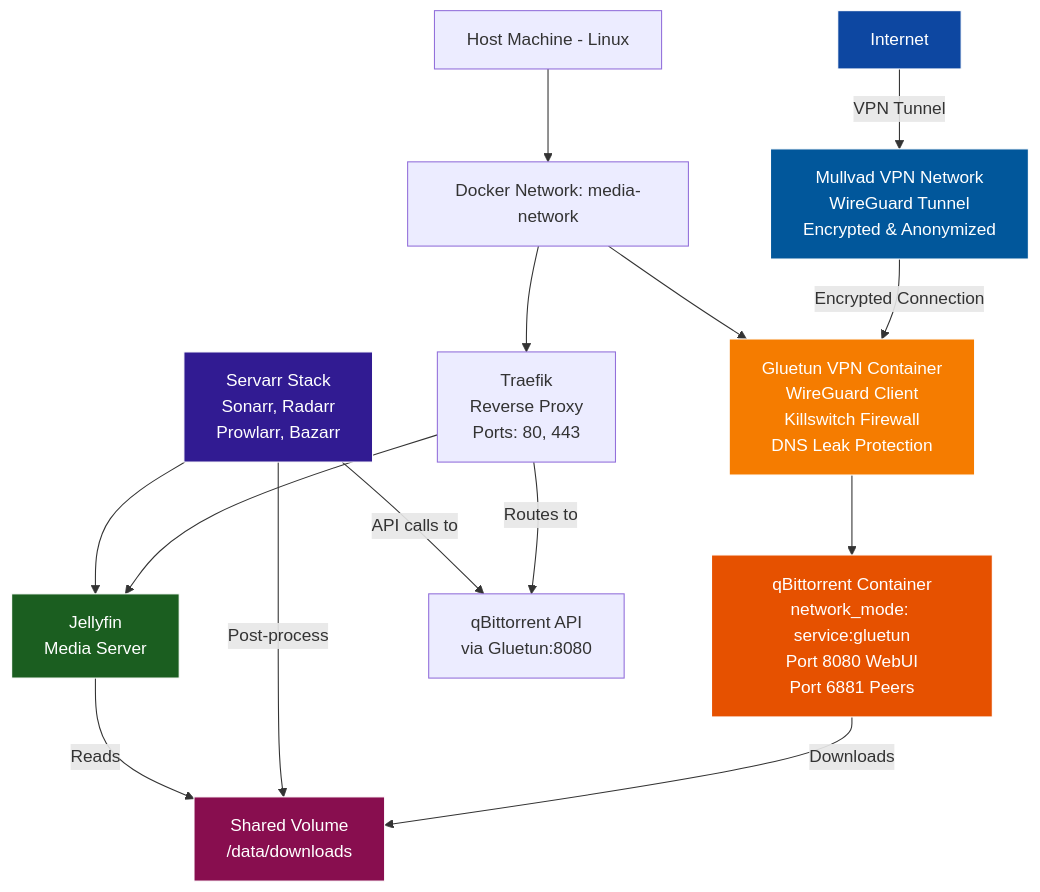
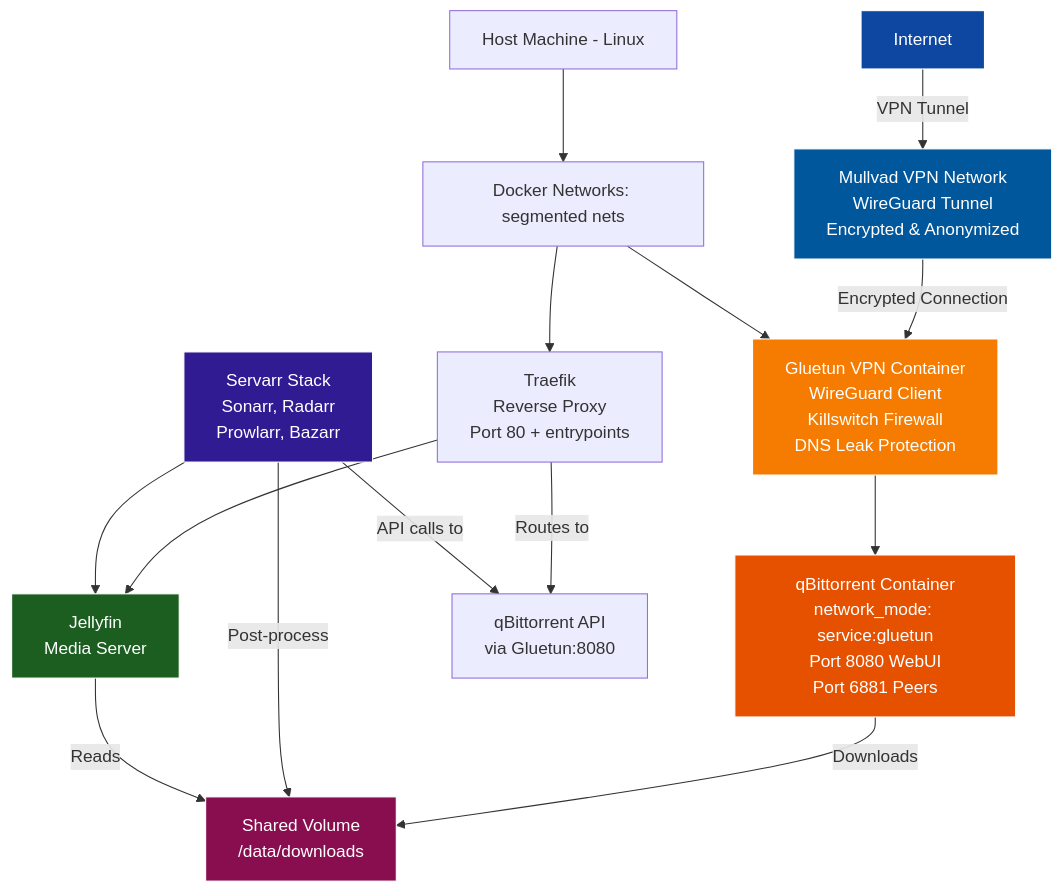
One commit to otterammo/otterstack-v2 changed the first of 3 diagrams in docs/VPN-ARCHITECTURE.md. Above: the diagram before and after it, drawn with Mermaid. The commit also changed other lines of this file and 53 other files, not shown here.

First line of the commit message:
feat(architecture): segmented network architecture with Authelia SSO, secrets management, and enhanced monitoring (#1)

````diff
--- a/docs/VPN-ARCHITECTURE.md
+++ b/docs/VPN-ARCHITECTURE.md
@@ -26,45 +26,45 @@
 ```mermaid
 graph TD
   A["Internet"]
   B["Mullvad VPN Network<br/>WireGuard Tunnel<br/>Encrypted & Anonymized"]
   
   C["Host Machine - Linux"]
-  D["Docker Network: media-network"]
+  D["Docker Networks: segmented nets"]
   
-  E["Traefik<br/>Reverse Proxy<br/>Ports: 80, 443"]
+  E["Traefik<br/>Reverse Proxy<br/>Port 80 + entrypoints"]
   F["Gluetun VPN Container<br/>WireGuard Client<br/>Killswitch Firewall<br/>DNS Leak Protection"]
   G["qBittorrent Container<br/>network_mode: service:gluetun<br/>Port 8080 WebUI<br/>Port 6881 Peers"]
   
   H["Jellyfin<br/>Media Server"]
   I["Servarr Stack<br/>Sonarr, Radarr<br/>Prowlarr, Bazarr"]
   
   J["qBittorrent API<br/>via Gluetun:8080"]
   
   K["Shared Volume<br/>/data/downloads"]
   
   A -->|VPN Tunnel| B
   B -->|Encrypted Connection| F
   
   C --> D
   D --> E
   D --> F
   F --> G
   
   E -->|Routes to| J
   I -->|API calls to| J
   
   E --> H
   I --> H
   
   G -->|Downloads| K
   I -->|Post-process| K
   H -->|Reads| K
   
   style A fill:#0d47a1,stroke:#fff,color:#fff
   style B fill:#01579b,stroke:#fff,color:#fff
   style F fill:#f57c00,stroke:#fff,color:#fff
   style G fill:#e65100,stroke:#fff,color:#fff
   style H fill:#1b5e20,stroke:#fff,color:#fff
   style I fill:#311b92,stroke:#fff,color:#fff
   style K fill:#880e4f,stroke:#fff,color:#fff
 ```
````
